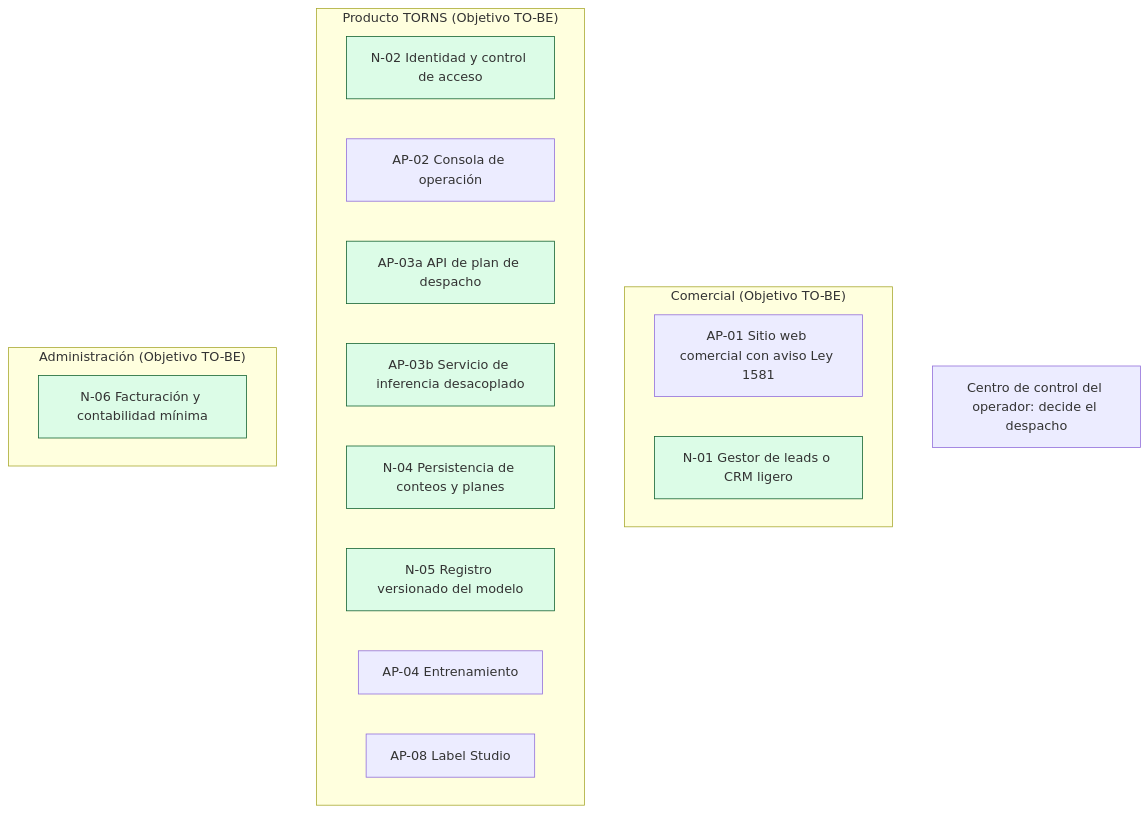
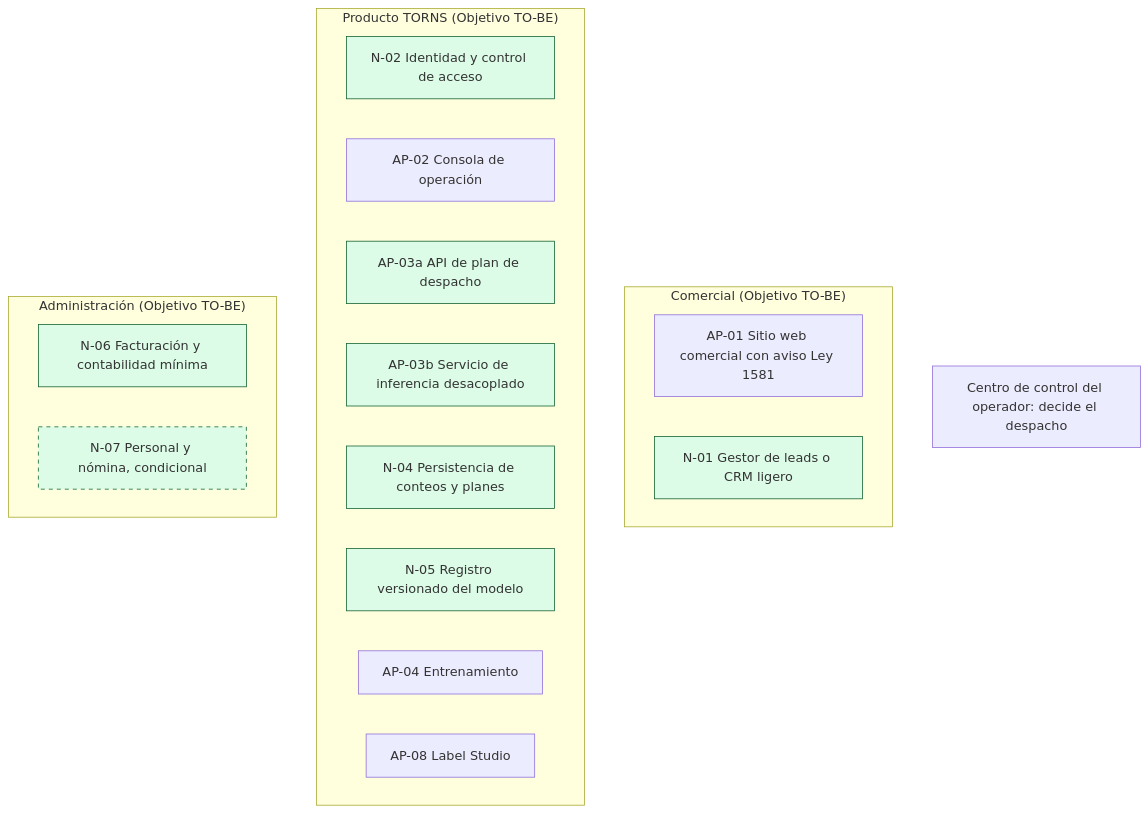
One commit to 5arSanti/tro-launcher changed the diagram in docs/ae-final-project/ondas/M3-aplicaciones/diagramas/E6c-contexto-to-be.mmd. Above: the diagram before and after it, drawn with Mermaid. The commit also changed 2 other files, not shown here.

```diff
--- a/docs/ae-final-project/ondas/M3-aplicaciones/diagramas/E6c-contexto-to-be.mmd
+++ b/docs/ae-final-project/ondas/M3-aplicaciones/diagramas/E6c-contexto-to-be.mmd
@@ -1,21 +1,24 @@
 flowchart TB
   subgraph Comercial["Comercial (Objetivo TO-BE)"]
     AP01[AP-01 Sitio web comercial con aviso Ley 1581]
     N01[N-01 Gestor de leads o CRM ligero]
   end
   subgraph Producto["Producto TORNS (Objetivo TO-BE)"]
     N02[N-02 Identidad y control de acceso]
     AP02[AP-02 Consola de operación]
     AP03[AP-03a API de plan de despacho]
     N03[AP-03b Servicio de inferencia desacoplado]
     N04[N-04 Persistencia de conteos y planes]
     N05[N-05 Registro versionado del modelo]
     AP04[AP-04 Entrenamiento]
     AP08[AP-08 Label Studio]
   end
   subgraph Admin["Administración (Objetivo TO-BE)"]
     N06[N-06 Facturación y contabilidad mínima]
+    N07[N-07 Personal y nómina, condicional]
   end
   CC[Centro de control del operador: decide el despacho]
   classDef tobe fill:#dcfce7,stroke:#166534;
   class AP03,N01,N02,N03,N04,N05,N06 tobe;
+  classDef cond fill:#dcfce7,stroke:#166534,stroke-dasharray: 5 5;
+  class N07 cond;
```
